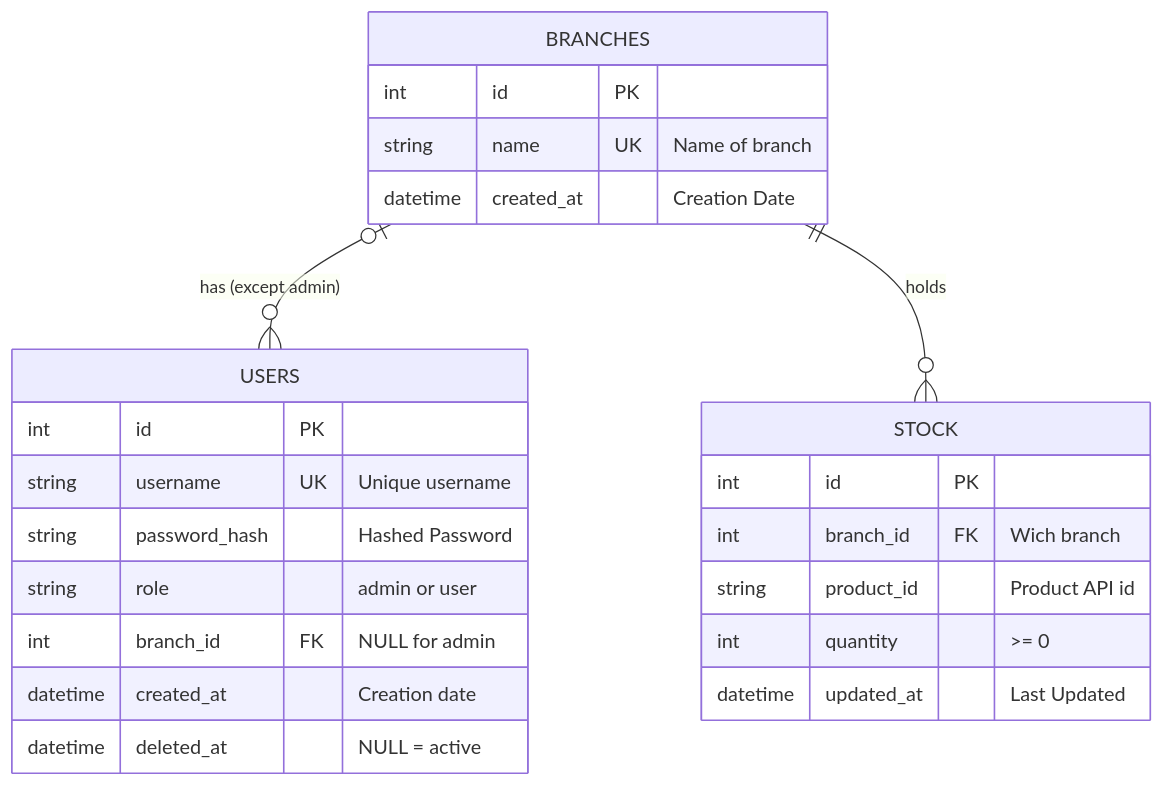
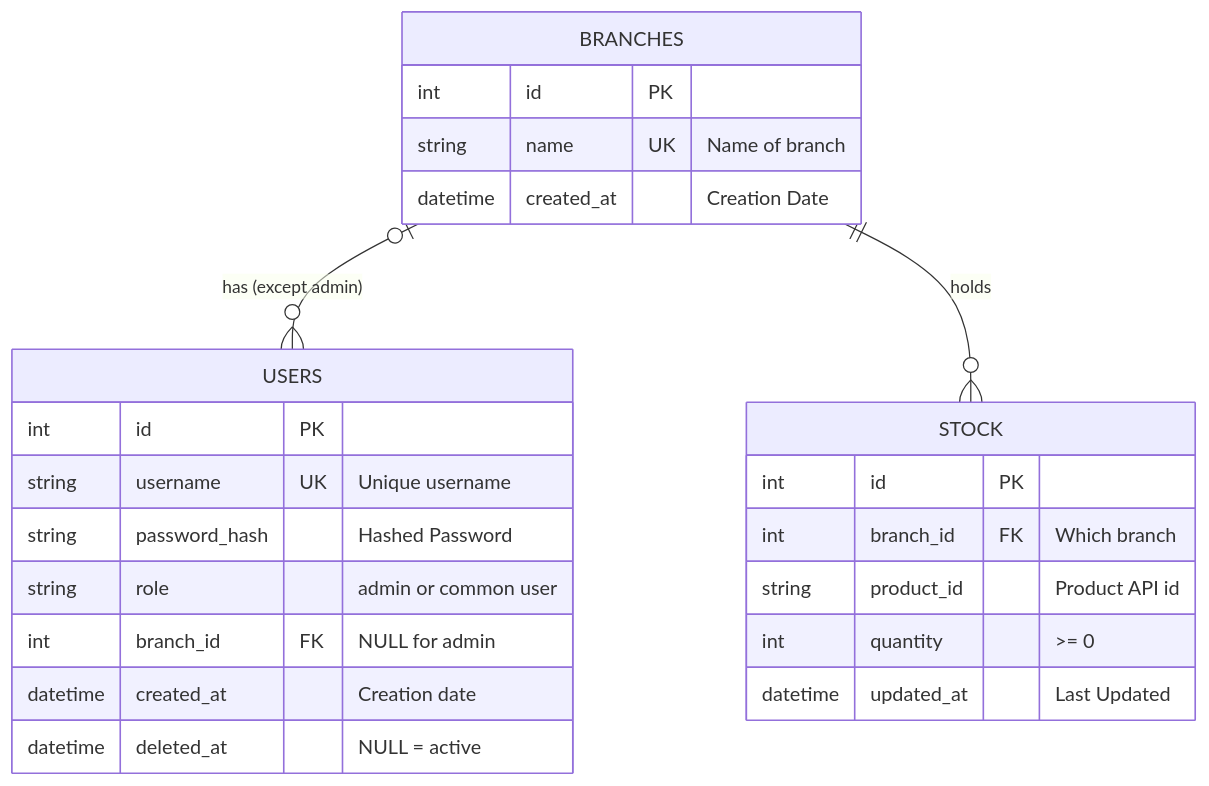
One commit to The-TO/HBntory_T_T_D changed the diagram in docs/database.md. Above: the diagram before and after it, drawn with Mermaid. The commit also changed other lines of this file, not shown here.

Commit message:
DOCS: update database schema and relations for clarity and consistency

````diff
--- a/docs/database.md
+++ b/docs/database.md
@@ -27,26 +27,26 @@
 ```mermaid
 erDiagram
    BRANCHES |o--o{ USERS : "has (except admin)"
    BRANCHES ||--o{ STOCK : holds
    BRANCHES {
        int id PK
        string name UK "Name of branch"
        datetime created_at "Creation Date"
    }
    USERS {
        int id PK
        string username UK "Unique username"
        string password_hash "Hashed Password"
-       string role "admin or user"
+       string role "admin or common user"
        int branch_id FK "NULL for admin"
        datetime created_at "Creation date"
        datetime deleted_at "NULL = active"
    }
    STOCK {
        int id PK
-       int branch_id FK "Wich branch"
+       int branch_id FK "Which branch"
        string product_id "Product API id"
        int quantity ">= 0"
        datetime updated_at "Last Updated"
    }
 ```
````
